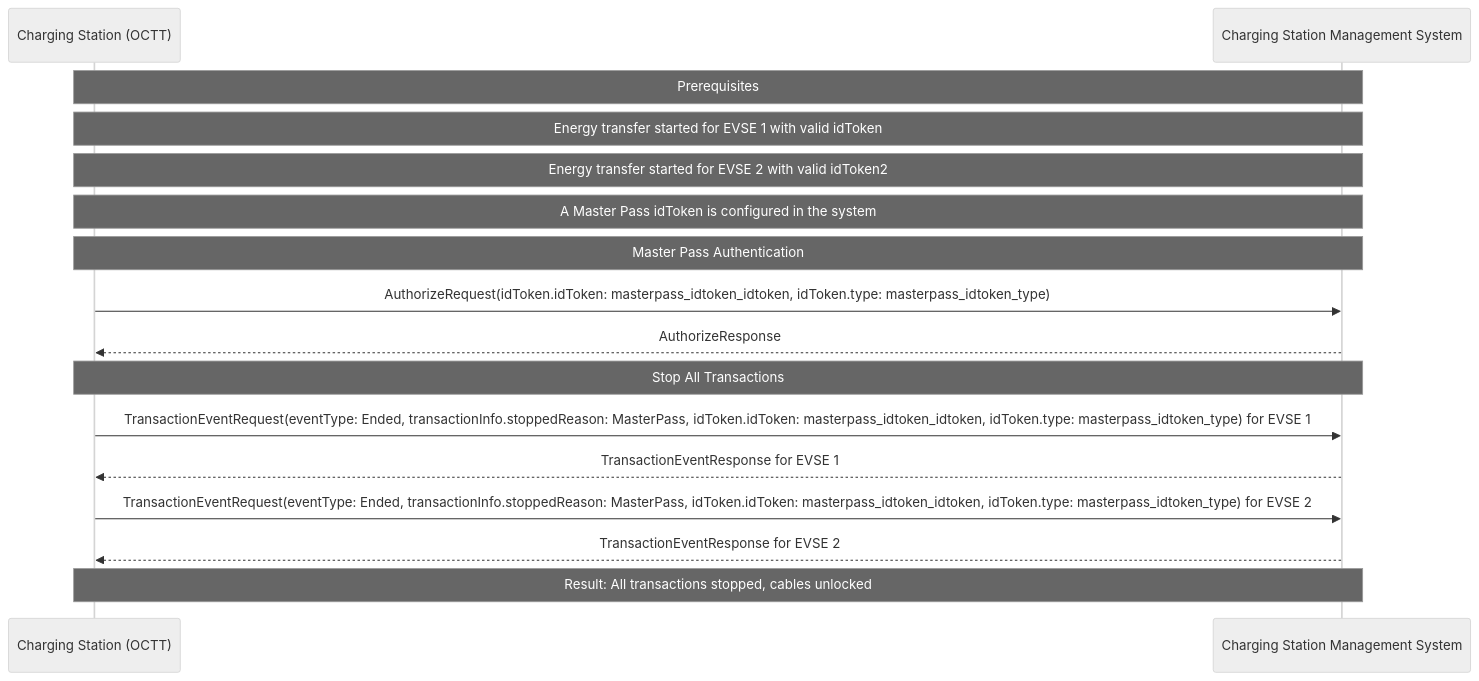
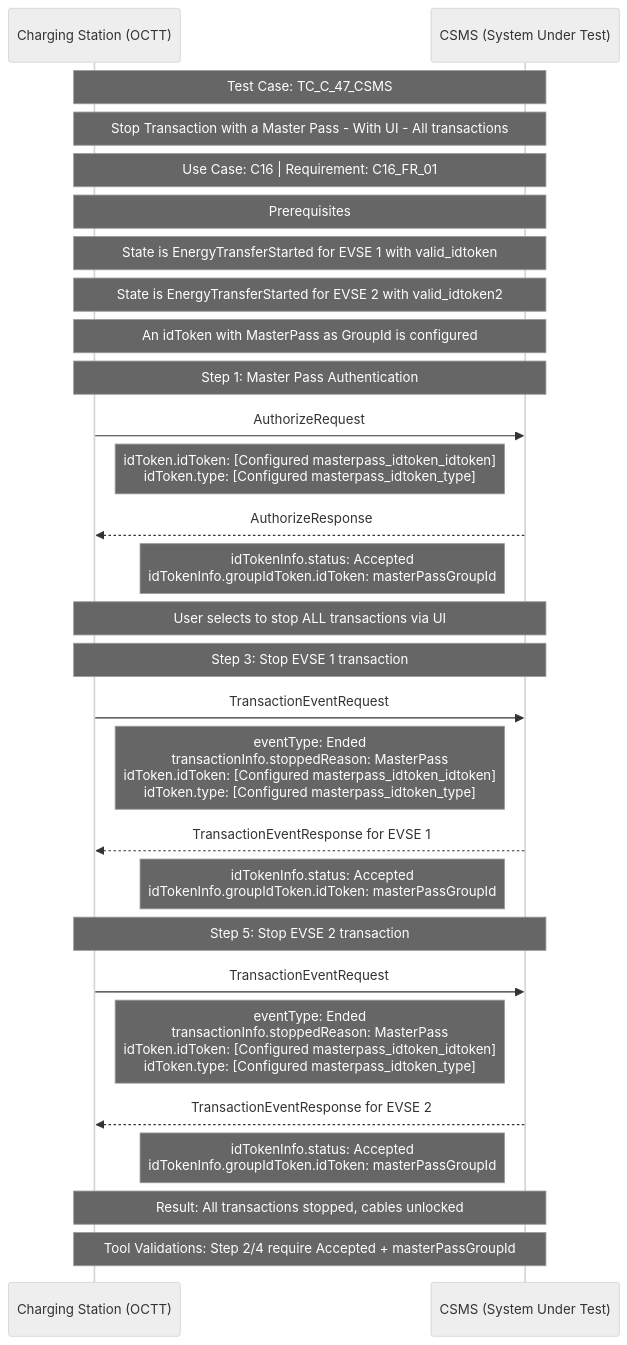
Before and after one commit to AviranAbady/tzi-OCTT: the diagram in C/test_tc_c_47_csms.mermaid, drawn with Mermaid (neutral theme). The commit also changed 547 other files, not shown here.

```diff
--- a/C/test_tc_c_47_csms.mermaid
+++ b/C/test_tc_c_47_csms.mermaid
@@ -1,21 +1,38 @@
 sequenceDiagram
     participant CS as Charging Station (OCTT)
-    participant CSMS as Charging Station Management System
-    
+    participant CSMS as CSMS (System Under Test)
+
+    Note over CS, CSMS: Test Case: TC_C_47_CSMS
+    Note over CS, CSMS: Stop Transaction with a Master Pass - With UI - All transactions
+    Note over CS, CSMS: Use Case: C16 | Requirement: C16_FR_01
+
     Note over CS, CSMS: Prerequisites
-    Note over CS, CSMS: Energy transfer started for EVSE 1 with valid idToken
-    Note over CS, CSMS: Energy transfer started for EVSE 2 with valid idToken2
-    Note over CS, CSMS: A Master Pass idToken is configured in the system
-    
-    Note over CS, CSMS: Master Pass Authentication
-    CS->>CSMS: AuthorizeRequest(idToken.idToken: masterpass_idtoken_idtoken, idToken.type: masterpass_idtoken_type)
+    Note over CS, CSMS: State is EnergyTransferStarted for EVSE 1 with valid_idtoken
+    Note over CS, CSMS: State is EnergyTransferStarted for EVSE 2 with valid_idtoken2
+    Note over CS, CSMS: An idToken with MasterPass as GroupId is configured
+
+    Note over CS, CSMS: Step 1: Master Pass Authentication
+    CS->>CSMS: AuthorizeRequest
+    Note right of CS: idToken.idToken: [Configured masterpass_idtoken_idtoken]<br/>idToken.type: [Configured masterpass_idtoken_type]
+
     CSMS-->>CS: AuthorizeResponse
-    
-    Note over CS, CSMS: Stop All Transactions
-    CS->>CSMS: TransactionEventRequest(eventType: Ended, transactionInfo.stoppedReason: MasterPass, idToken.idToken: masterpass_idtoken_idtoken, idToken.type: masterpass_idtoken_type) for EVSE 1
+    Note left of CSMS: idTokenInfo.status: Accepted<br/>idTokenInfo.groupIdToken.idToken: masterPassGroupId
+
+    Note over CS, CSMS: User selects to stop ALL transactions via UI
+
+    Note over CS, CSMS: Step 3: Stop EVSE 1 transaction
+    CS->>CSMS: TransactionEventRequest
+    Note right of CS: eventType: Ended<br/>transactionInfo.stoppedReason: MasterPass<br/>idToken.idToken: [Configured masterpass_idtoken_idtoken]<br/>idToken.type: [Configured masterpass_idtoken_type]
+
     CSMS-->>CS: TransactionEventResponse for EVSE 1
-    
-    CS->>CSMS: TransactionEventRequest(eventType: Ended, transactionInfo.stoppedReason: MasterPass, idToken.idToken: masterpass_idtoken_idtoken, idToken.type: masterpass_idtoken_type) for EVSE 2
+    Note left of CSMS: idTokenInfo.status: Accepted<br/>idTokenInfo.groupIdToken.idToken: masterPassGroupId
+
+    Note over CS, CSMS: Step 5: Stop EVSE 2 transaction
+    CS->>CSMS: TransactionEventRequest
+    Note right of CS: eventType: Ended<br/>transactionInfo.stoppedReason: MasterPass<br/>idToken.idToken: [Configured masterpass_idtoken_idtoken]<br/>idToken.type: [Configured masterpass_idtoken_type]
+
     CSMS-->>CS: TransactionEventResponse for EVSE 2
-    
+    Note left of CSMS: idTokenInfo.status: Accepted<br/>idTokenInfo.groupIdToken.idToken: masterPassGroupId
+
     Note over CS, CSMS: Result: All transactions stopped, cables unlocked
+    Note over CS, CSMS: Tool Validations: Step 2/4 require Accepted + masterPassGroupId
```
